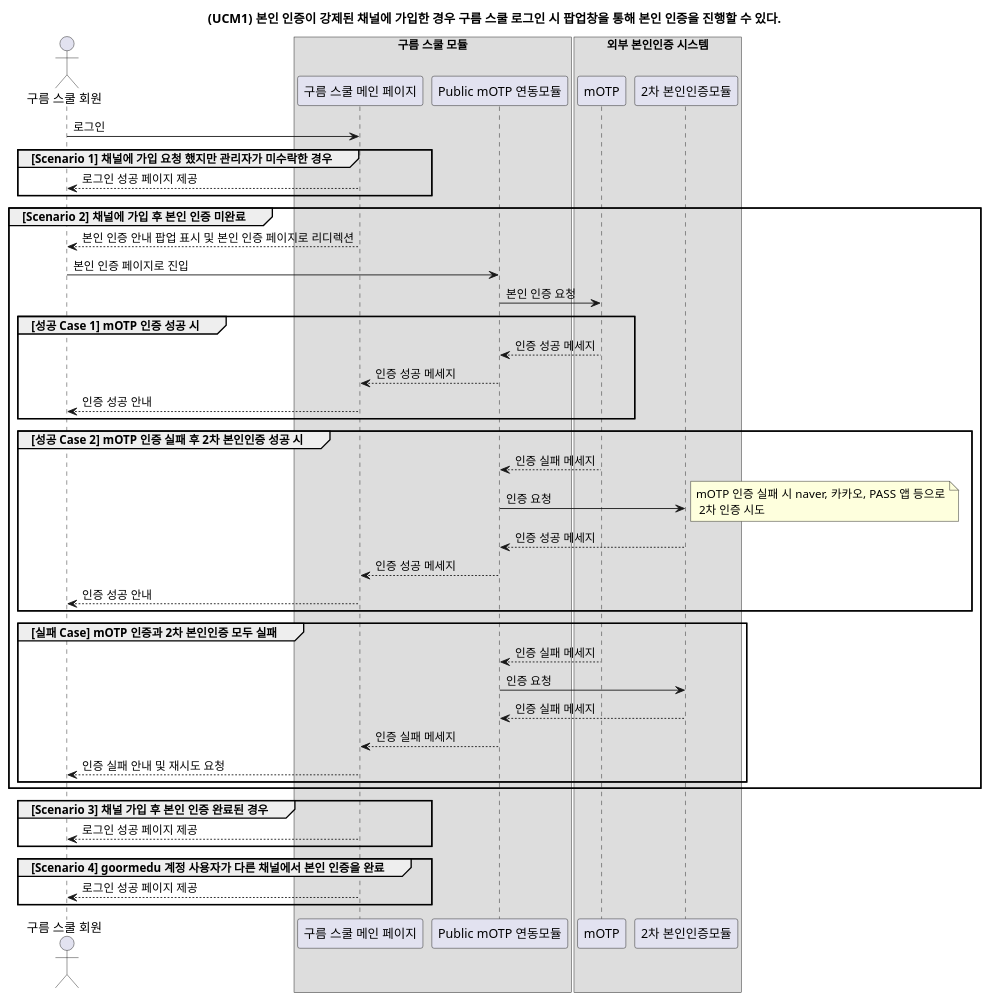
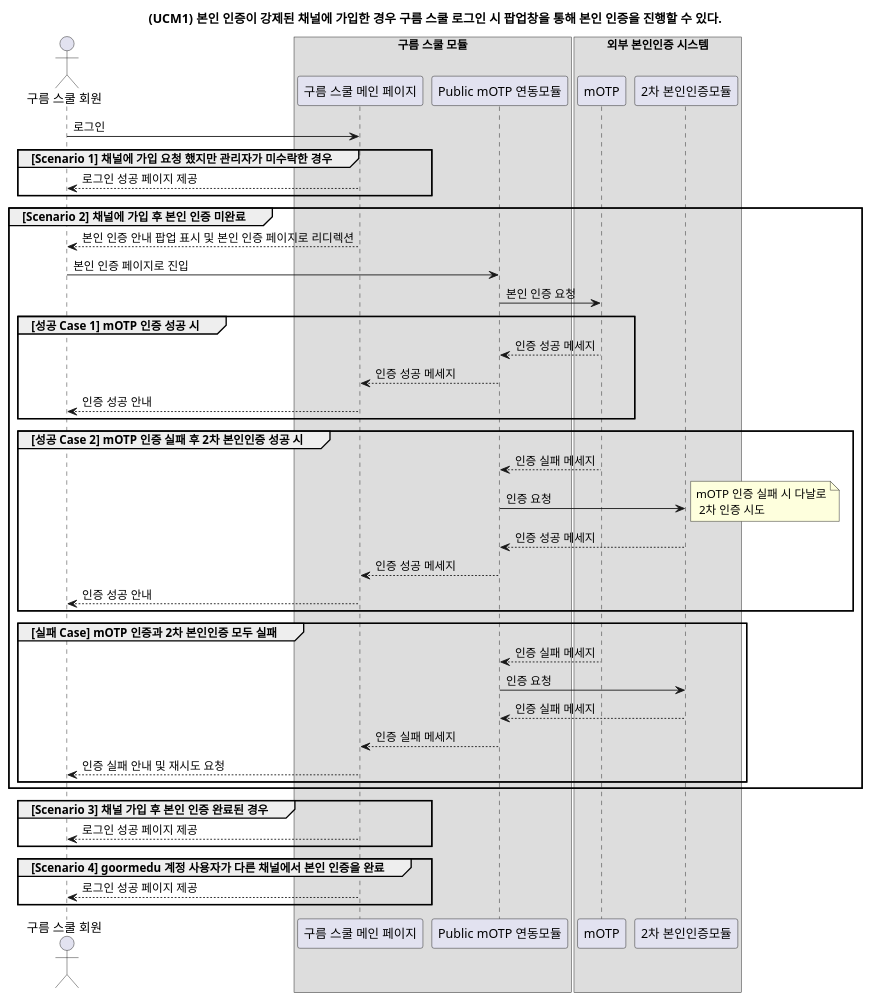
The diagram in 본인인증기획/시퀀스 다이어그램/UCM1.puml (YoonsooOh/tech-study), drawn with PlantUML before and after one commit.

```diff
--- a/본인인증기획/시퀀스 다이어그램/UCM1.puml
+++ b/본인인증기획/시퀀스 다이어그램/UCM1.puml
@@ -1,62 +1,62 @@
 @startuml
 
 title (UCM1) 본인 인증이 강제된 채널에 가입한 경우 구름 스쿨 로그인 시 팝업창을 통해 본인 인증을 진행할 수 있다.
 
 actor "구름 스쿨 회원"
 
 box "구름 스쿨 모듈"
 participant "구름 스쿨 메인 페이지"
 participant "Public mOTP 연동모듈"
 endbox
 
 box "외부 본인인증 시스템"
 participant mOTP
 participant "2차 본인인증모듈"
 endbox
 
 "구름 스쿨 회원" -> "구름 스쿨 메인 페이지" : 로그인
 
 group [Scenario 1] 채널에 가입 요청 했지만 관리자가 미수락한 경우
 "구름 스쿨 메인 페이지" --> "구름 스쿨 회원" : 로그인 성공 페이지 제공
 end
 
 group [Scenario 2] 채널에 가입 후 본인 인증 미완료
 
 "구름 스쿨 메인 페이지" --> "구름 스쿨 회원" : 본인 인증 안내 팝업 표시 및 본인 인증 페이지로 리디렉션
 "구름 스쿨 회원" -> "Public mOTP 연동모듈" : 본인 인증 페이지로 진입
 "Public mOTP 연동모듈" -> mOTP : 본인 인증 요청
 
 group [성공 Case 1] mOTP 인증 성공 시
 mOTP --> "Public mOTP 연동모듈" : 인증 성공 메세지
 "Public mOTP 연동모듈" --> "구름 스쿨 메인 페이지" : 인증 성공 메세지
 "구름 스쿨 메인 페이지" --> "구름 스쿨 회원": 인증 성공 안내
 
 end
 group [성공 Case 2] mOTP 인증 실패 후 2차 본인인증 성공 시
 mOTP --> "Public mOTP 연동모듈" : 인증 실패 메세지
 "Public mOTP 연동모듈" -> "2차 본인인증모듈" : 인증 요청
-note right: mOTP 인증 실패 시 naver, 카카오, PASS 앱 등으로\n 2차 인증 시도
+note right: mOTP 인증 실패 시 다날로\n 2차 인증 시도
 "2차 본인인증모듈" --> "Public mOTP 연동모듈" : 인증 성공 메세지
 "Public mOTP 연동모듈" --> "구름 스쿨 메인 페이지" : 인증 성공 메세지
 "구름 스쿨 메인 페이지" --> "구름 스쿨 회원": 인증 성공 안내
 end
 
 group [실패 Case] mOTP 인증과 2차 본인인증 모두 실패
 mOTP --> "Public mOTP 연동모듈" : 인증 실패 메세지
 "Public mOTP 연동모듈" -> "2차 본인인증모듈" : 인증 요청
 "2차 본인인증모듈" --> "Public mOTP 연동모듈" : 인증 실패 메세지
 "Public mOTP 연동모듈" --> "구름 스쿨 메인 페이지" : 인증 실패 메세지
 "구름 스쿨 메인 페이지" --> "구름 스쿨 회원": 인증 실패 안내 및 재시도 요청
 end
 
 end
 
 group [Scenario 3] 채널 가입 후 본인 인증 완료된 경우
 "구름 스쿨 메인 페이지" --> "구름 스쿨 회원" : 로그인 성공 페이지 제공
 end
 
 group [Scenario 4] goormedu 계정 사용자가 다른 채널에서 본인 인증을 완료
 "구름 스쿨 메인 페이지" --> "구름 스쿨 회원" : 로그인 성공 페이지 제공
 end
 
 @enduml
```
